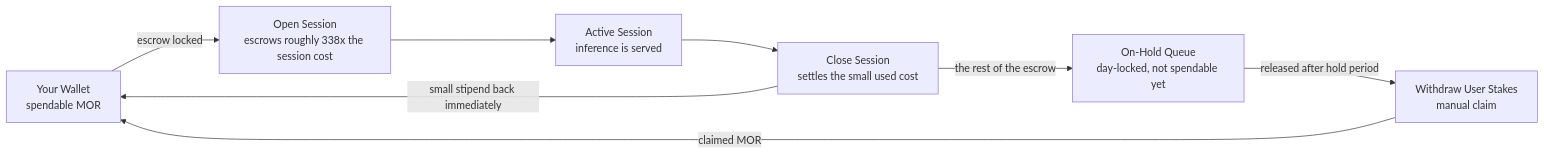
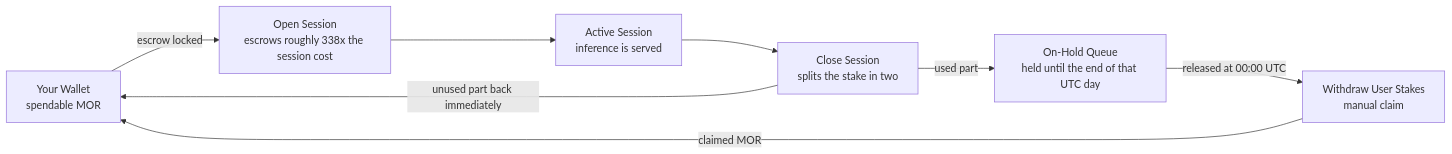
The diagram in native-path/understanding-session-economics.mdx (aslammpaata/onboarding-prototype), drawn with Mermaid before and after one commit. The commit also changed other lines of this file and 10 other files, not shown here.

````diff
--- a/native-path/understanding-session-economics.mdx
+++ b/native-path/understanding-session-economics.mdx
@@ -56,17 +61,17 @@
 ```mermaid
 flowchart LR
     W["Your Wallet<br/>spendable MOR"]
     O["Open Session<br/>escrows roughly 338x the session cost"]
     A["Active Session<br/>inference is served"]
-    C["Close Session<br/>settles the small used cost"]
-    H["On-Hold Queue<br/>day-locked, not spendable yet"]
+    C["Close Session<br/>splits the stake in two"]
+    H["On-Hold Queue<br/>held until the end of that UTC day"]
     K["Withdraw User Stakes<br/>manual claim"]
 
     W -->|escrow locked| O
     O --> A
     A --> C
-    C -->|small stipend back immediately| W
-    C -->|the rest of the escrow| H
-    H -->|released after hold period| K
+    C -->|unused part back immediately| W
+    C -->|used part| H
+    H -->|released at 00:00 UTC| K
     K -->|claimed MOR| W
 ```
````
